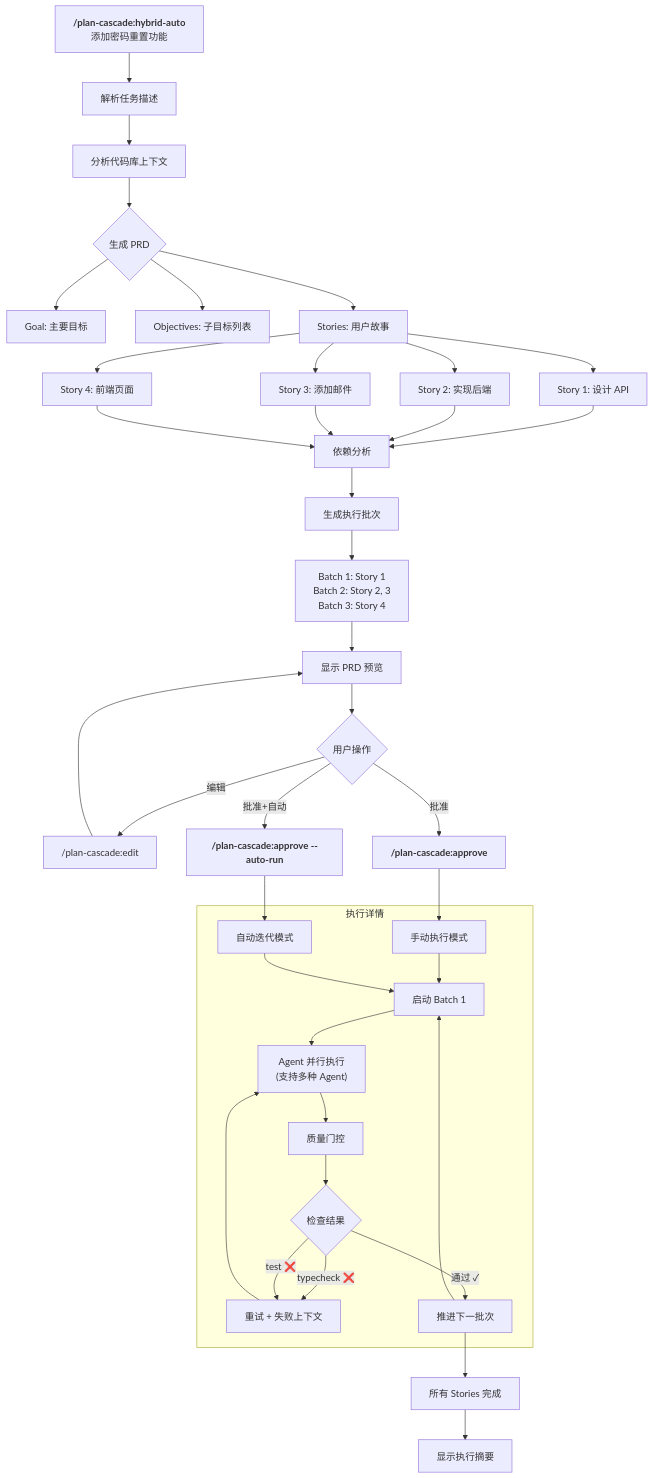
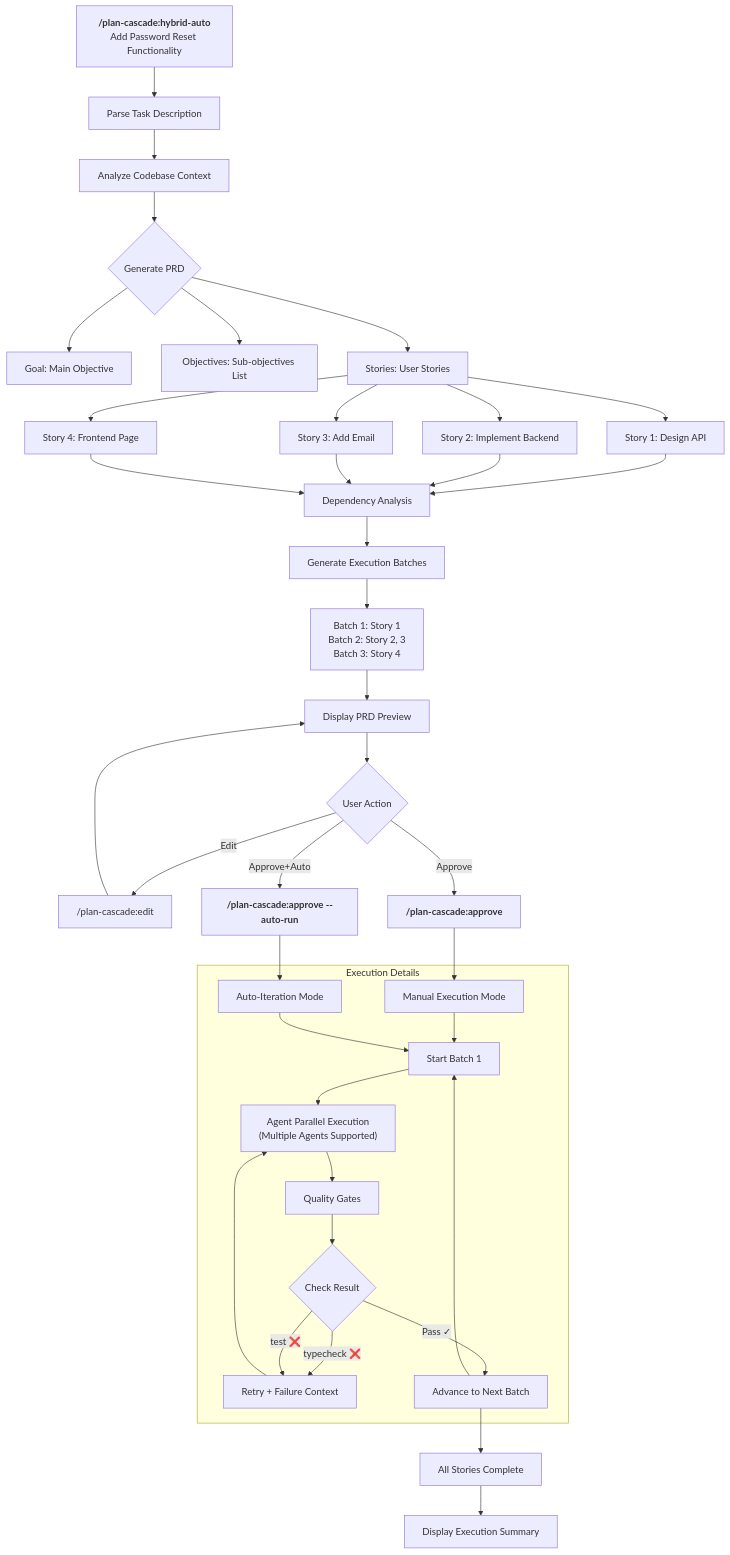
Before and after one commit to Taoidle/plan-cascade: the sixth of 8 diagrams in docs/System-Architecture.md, drawn with Mermaid. The commit also changed other lines of this file and 13 other files, not shown here.

````diff
--- a/docs/System-Architecture.md
+++ b/docs/System-Architecture.md
@@ -332,50 +334,50 @@
 ```mermaid
 flowchart TD
-    A["<b>/plan-cascade:hybrid-auto</b><br/>添加密码重置功能"] --> B[解析任务描述]
-    B --> C[分析代码库上下文]
-    C --> D{生成 PRD}
+    A["<b>/plan-cascade:hybrid-auto</b><br/>Add Password Reset Functionality"] --> B[Parse Task Description]
+    B --> C[Analyze Codebase Context]
+    C --> D{Generate PRD}
 
-    D --> E[Goal: 主要目标]
-    D --> F[Objectives: 子目标列表]
-    D --> G[Stories: 用户故事]
+    D --> E[Goal: Main Objective]
+    D --> F[Objectives: Sub-objectives List]
+    D --> G[Stories: User Stories]
 
-    G --> H[Story 1: 设计 API]
-    G --> I[Story 2: 实现后端]
-    G --> J[Story 3: 添加邮件]
-    G --> K[Story 4: 前端页面]
+    G --> H[Story 1: Design API]
+    G --> I[Story 2: Implement Backend]
+    G --> J[Story 3: Add Email]
+    G --> K[Story 4: Frontend Page]
 
-    H --> L[依赖分析]
+    H --> L[Dependency Analysis]
     I --> L
     J --> L
     K --> L
 
-    L --> M[生成执行批次]
+    L --> M[Generate Execution Batches]
     M --> N["Batch 1: Story 1<br/>Batch 2: Story 2, 3<br/>Batch 3: Story 4"]
 
-    N --> O[显示 PRD 预览]
-    O --> P{用户操作}
+    N --> O[Display PRD Preview]
+    O --> P{User Action}
 
-    P -->|编辑| Q["/plan-cascade:edit"]
+    P -->|Edit| Q["/plan-cascade:edit"]
     Q --> O
-    P -->|批准| R["<b>/plan-cascade:approve</b>"]
-    P -->|"批准+自动"| S["<b>/plan-cascade:approve --auto-run</b>"]
+    P -->|Approve| R["<b>/plan-cascade:approve</b>"]
+    P -->|"Approve+Auto"| S["<b>/plan-cascade:approve --auto-run</b>"]
 
-    R --> T[手动执行模式]
-    S --> U[自动迭代模式]
+    R --> T[Manual Execution Mode]
+    S --> U[Auto-Iteration Mode]
 
-    subgraph "执行详情"
-        T --> V[启动 Batch 1]
+    subgraph "Execution Details"
+        T --> V[Start Batch 1]
         U --> V
-        V --> W["Agent 并行执行<br/>(支持多种 Agent)"]
-        W --> X[质量门控]
-        X --> Y{检查结果}
-        Y -->|typecheck ❌| Z[重试 + 失败上下文]
+        V --> W["Agent Parallel Execution<br/>(Multiple Agents Supported)"]
+        W --> X[Quality Gates]
+        X --> Y{Check Result}
+        Y -->|typecheck ❌| Z[Retry + Failure Context]
         Y -->|test ❌| Z
-        Y -->|通过 ✓| AA[推进下一批次]
+        Y -->|Pass ✓| AA[Advance to Next Batch]
         Z --> W
         AA --> V
     end
 
-    AA --> AB[所有 Stories 完成]
-    AB --> AC[显示执行摘要]
+    AA --> AB[All Stories Complete]
+    AB --> AC[Display Execution Summary]
 ```
````
